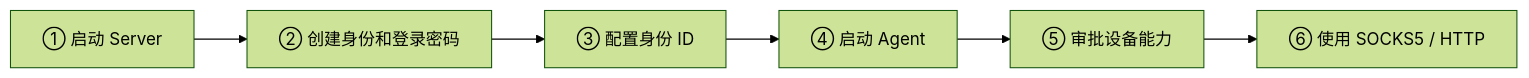
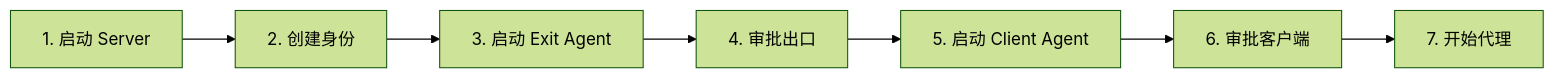
The third of 6 diagrams in README.md (timwai/RelayProxy), drawn with Mermaid (forest theme) before and after one commit. The commit also changed other lines of this file and 81 other files, not shown here.

````diff
--- a/README.md
+++ b/README.md
@@ -215,8 +205,9 @@
 ```mermaid
 flowchart LR
-    S1["① 启动 Server"] --> S2["② 创建身份和登录密码"]
-    S2 --> S3["③ 配置身份 ID"]
-    S3 --> S4["④ 启动 Agent"]
-    S4 --> S5["⑤ 审批设备能力"]
-    S5 --> S6["⑥ 使用 SOCKS5 / HTTP"]
+    A["1. 启动 Server"] --> B["2. 创建身份"]
+    B --> C["3. 启动 Exit Agent"]
+    C --> D["4. 审批出口"]
+    D --> E["5. 启动 Client Agent"]
+    E --> F["6. 审批客户端"]
+    F --> G["7. 开始代理"]
 ```
````
